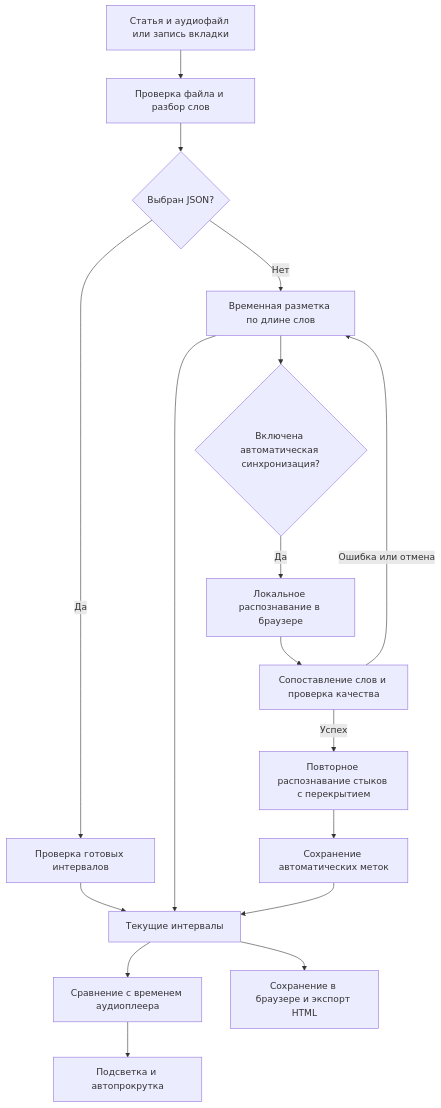
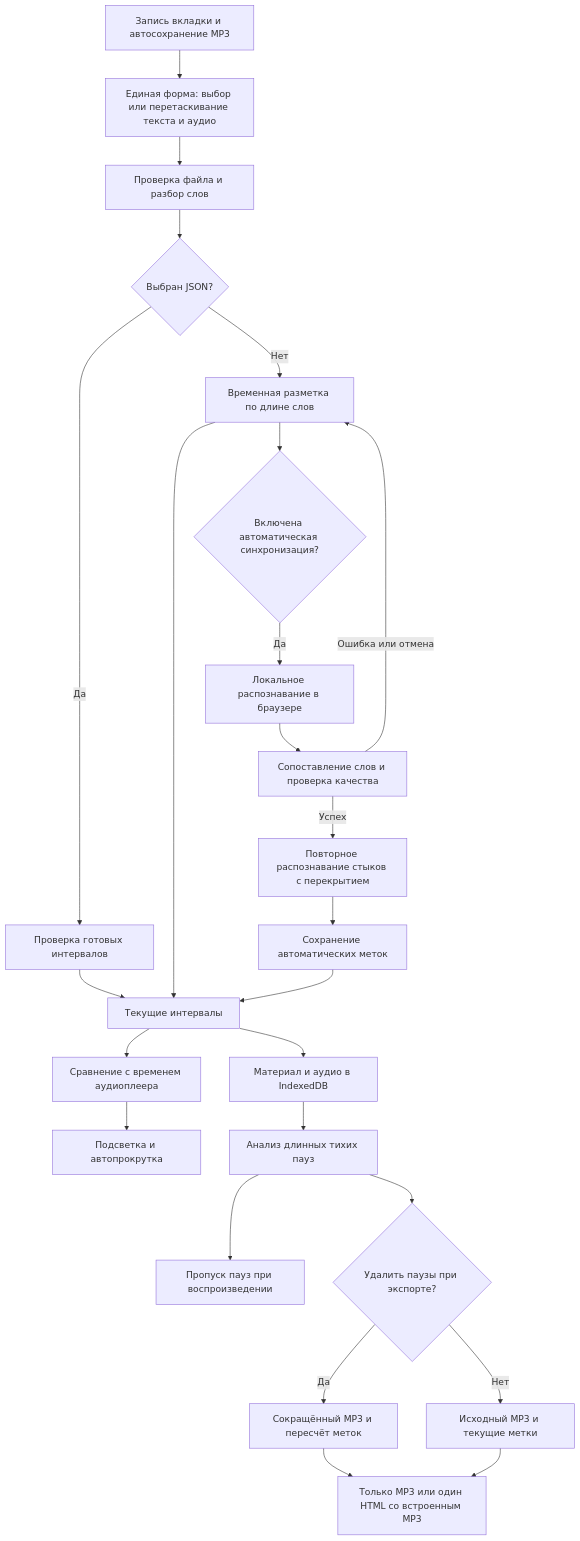
The diagram in app/docs/synchronization.md (sefga/SmartReader), drawn with Mermaid before and after one commit. The commit also changed other lines of this file and 19 other files, not shown here.

Commit message:
Упростить импорт и добавить автономный экспорт с аудио

````diff
--- a/app/docs/synchronization.md
+++ b/app/docs/synchronization.md
@@ -42,19 +48,27 @@
 ```mermaid
 flowchart TD
-    A[Статья и аудиофайл или запись вкладки] --> B[Проверка файла и разбор слов]
+    A[Единая форма: выбор или перетаскивание текста и аудио] --> B[Проверка файла и разбор слов]
+    R[Запись вкладки и автосохранение MP3] --> A
     B --> C{Выбран JSON?}
     C -->|Да| D[Проверка готовых интервалов]
     C -->|Нет| E[Временная разметка по длине слов]
     E --> F{Включена автоматическая синхронизация?}
     F -->|Да| G[Локальное распознавание в браузере]
     G --> H[Сопоставление слов и проверка качества]
     H -->|Успех| N[Повторное распознавание стыков с перекрытием]
     N --> I[Сохранение автоматических меток]
     H -->|Ошибка или отмена| E
     D --> J[Текущие интервалы]
     E --> J
     I --> J
     J --> K[Сравнение с временем аудиоплеера]
     K --> L[Подсветка и автопрокрутка]
-    J --> M[Сохранение в браузере и экспорт HTML]
+    J --> M[Материал и аудио в IndexedDB]
+    M --> P[Анализ длинных тихих пауз]
+    P --> S[Пропуск пауз при воспроизведении]
+    P --> T{Удалить паузы при экспорте?}
+    T -->|Да| U[Сокращённый MP3 и пересчёт меток]
+    T -->|Нет| V[Исходный MP3 и текущие метки]
+    U --> W[Только MP3 или один HTML со встроенным MP3]
+    V --> W
 ```
````
